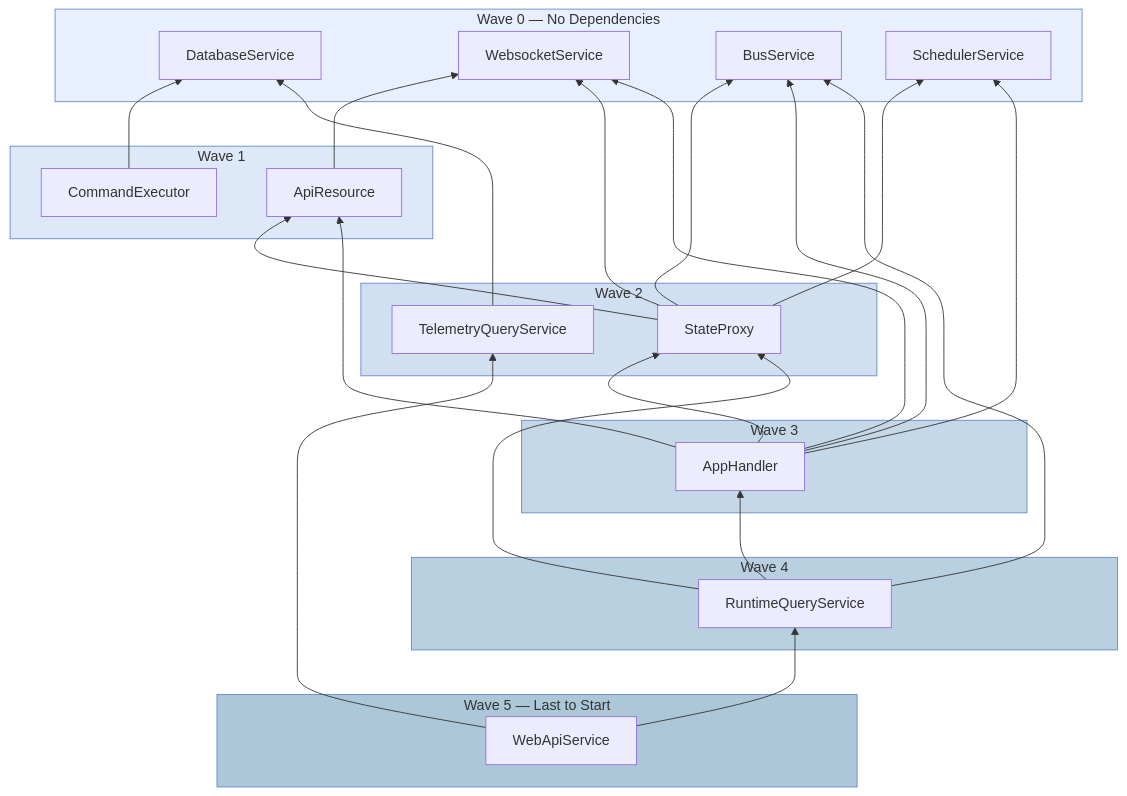
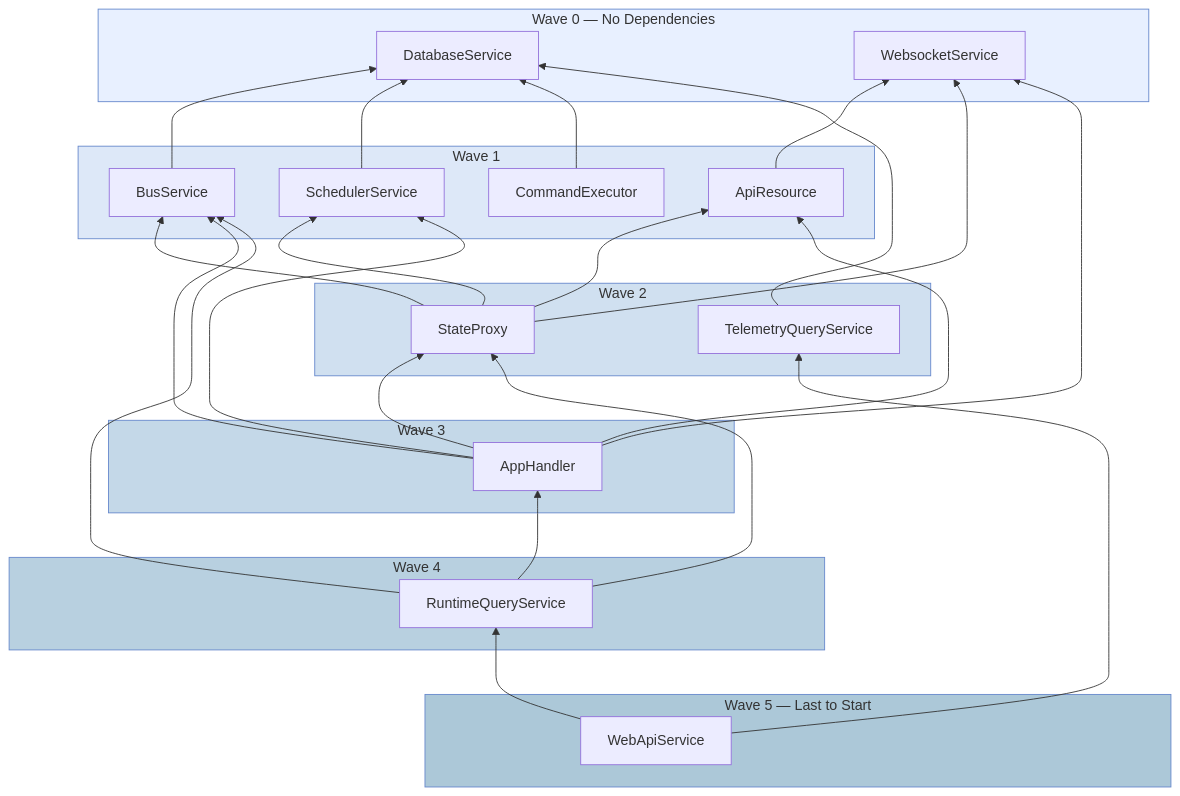
One commit to NodeJSmith/hassette changed the second of 9 diagrams in docs/pages/core-concepts/internals.md. Above: the diagram before and after it, drawn with Mermaid. The commit also changed other lines of this file and 315 other files, not shown here.

````diff
--- a/docs/pages/core-concepts/internals.md
+++ b/docs/pages/core-concepts/internals.md
@@ -83,49 +83,51 @@
 ```mermaid
 graph BT
     accTitle: Service Dependency Graph
     accDescr: Wave-based startup order, wave 0 at the top
 
     subgraph wave0["Wave 0 — No Dependencies"]
         DB[DatabaseService]
         WS[WebsocketService]
-        BUS[BusService]
-        SCHED[SchedulerService]
     end
 
     subgraph wave1["Wave 1"]
+        BUS[BusService]
+        SCHED[SchedulerService]
         CMD[CommandExecutor]
         API[ApiResource]
     end
 
     subgraph wave2["Wave 2"]
         SP[StateProxy]
         TQS[TelemetryQueryService]
     end
 
     subgraph wave3["Wave 3"]
         AH[AppHandler]
     end
 
     subgraph wave4["Wave 4"]
         RQS[RuntimeQueryService]
     end
 
     subgraph wave5["Wave 5 — Last to Start"]
         WEB[WebApiService]
     end
 
+    BUS --> DB
+    SCHED --> DB
     CMD --> DB
     TQS --> DB
     API --> WS
     SP --> WS & API & BUS & SCHED
     AH --> WS & API & BUS & SCHED & SP
     RQS --> BUS & SP & AH
     WEB --> RQS & TQS
 
     style wave0 fill:#e8f0ff,stroke:#6688cc
     style wave1 fill:#dde8f8,stroke:#6688cc
     style wave2 fill:#d0e0f0,stroke:#6688cc
     style wave3 fill:#c4d8e8,stroke:#6688cc
     style wave4 fill:#b8d0e0,stroke:#6688cc
     style wave5 fill:#acc8d8,stroke:#6688cc
 ```
````
